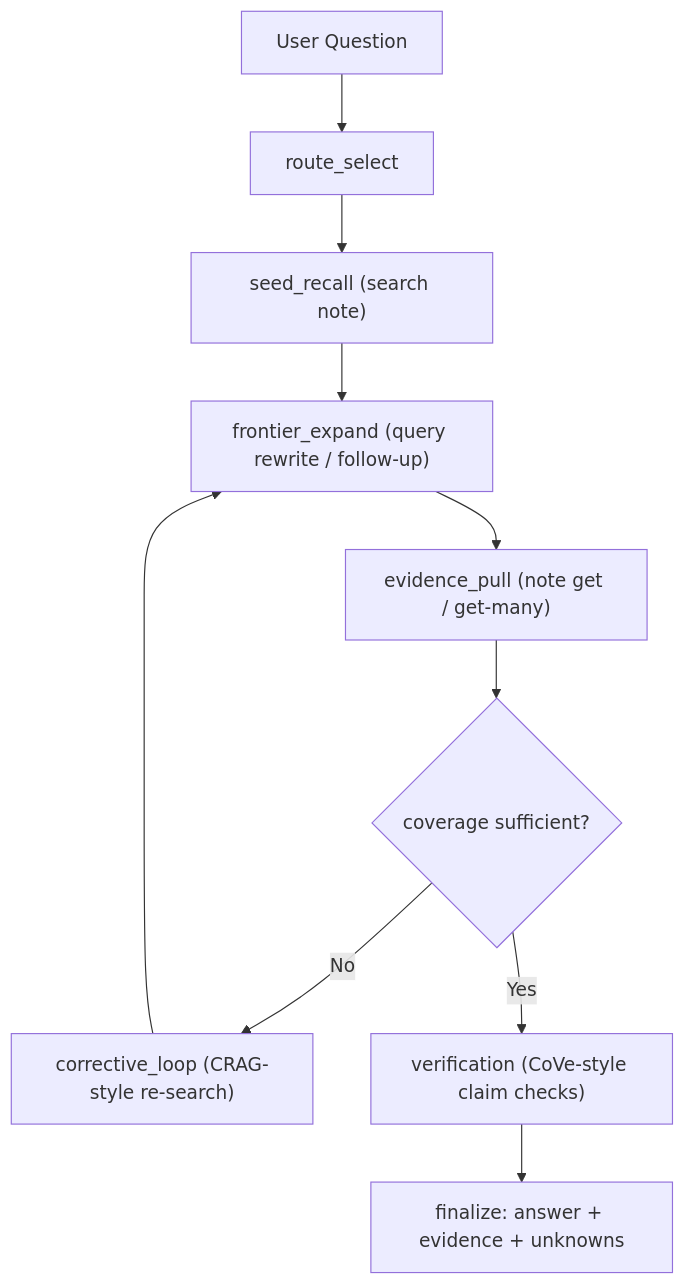
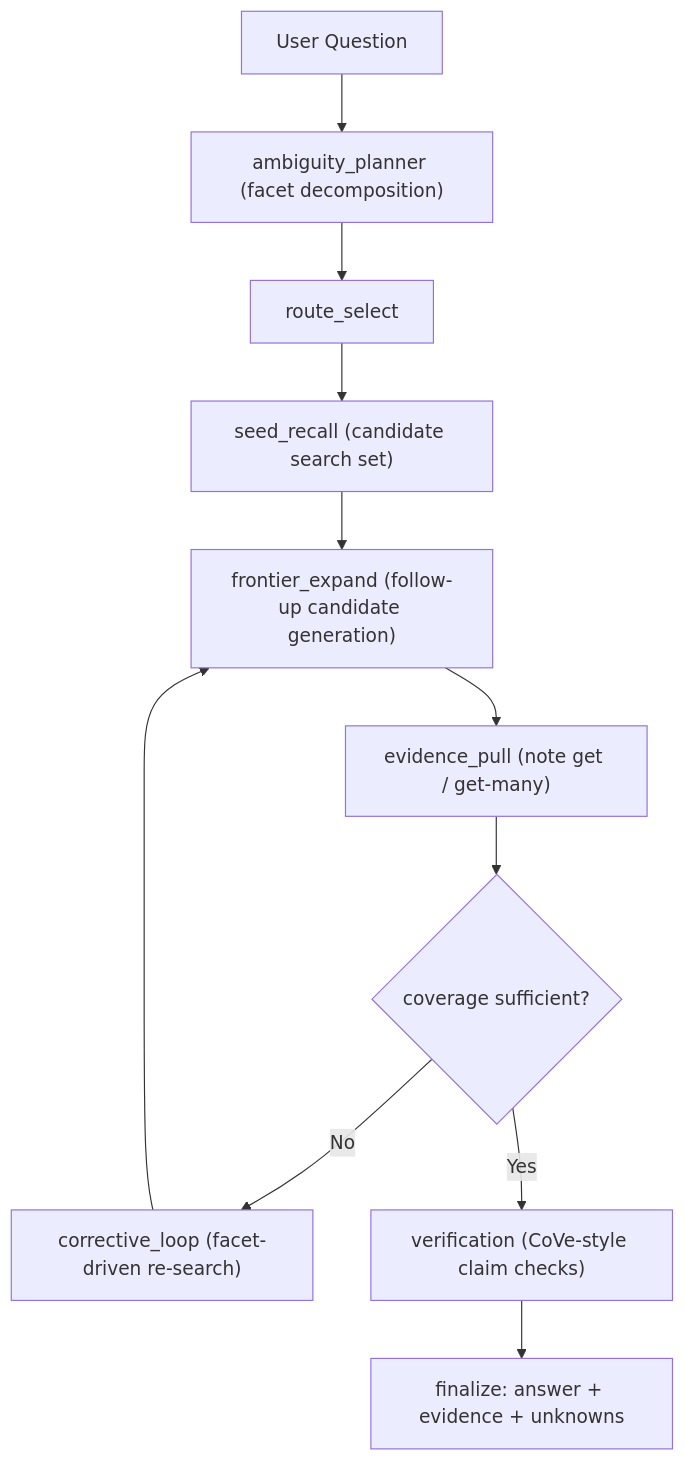
The diagram in docs/agentic-rag-architecture.md (masayannuu/kibel), drawn with Mermaid before and after one commit. The commit also changed other lines of this file and 13 other files, not shown here.

````diff
--- a/docs/agentic-rag-architecture.md
+++ b/docs/agentic-rag-architecture.md
@@ -9,12 +9,13 @@
 ```mermaid
 flowchart TD
-  A["User Question"] --> B["route_select"]
-  B --> C["seed_recall (search note)"]
-  C --> D["frontier_expand (query rewrite / follow-up)"]
-  D --> E["evidence_pull (note get / get-many)"]
-  E --> F{"coverage sufficient?"}
-  F -->|No| G["corrective_loop (CRAG-style re-search)"]
-  G --> D
-  F -->|Yes| H["verification (CoVe-style claim checks)"]
-  H --> I["finalize: answer + evidence + unknowns"]
+  A["User Question"] --> B["ambiguity_planner (facet decomposition)"]
+  B --> C["route_select"]
+  C --> D["seed_recall (candidate search set)"]
+  D --> E["frontier_expand (follow-up candidate generation)"]
+  E --> F["evidence_pull (note get / get-many)"]
+  F --> G{"coverage sufficient?"}
+  G -->|No| H["corrective_loop (facet-driven re-search)"]
+  H --> E
+  G -->|Yes| I["verification (CoVe-style claim checks)"]
+  I --> J["finalize: answer + evidence + unknowns"]
 ```
````
